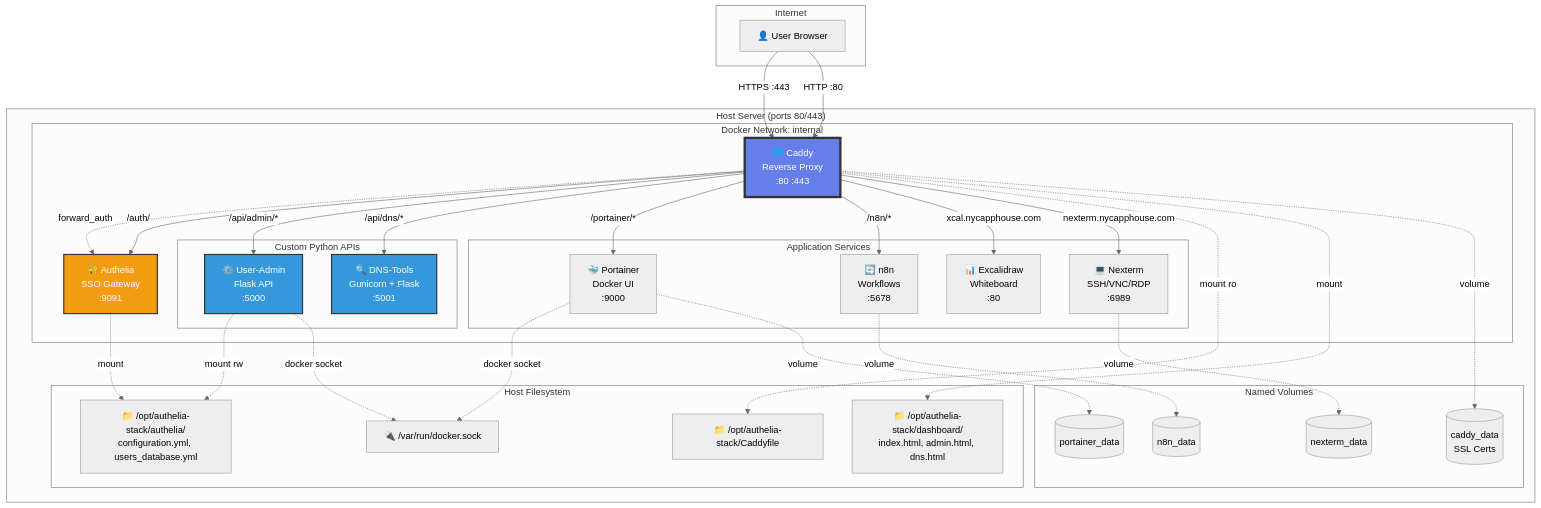
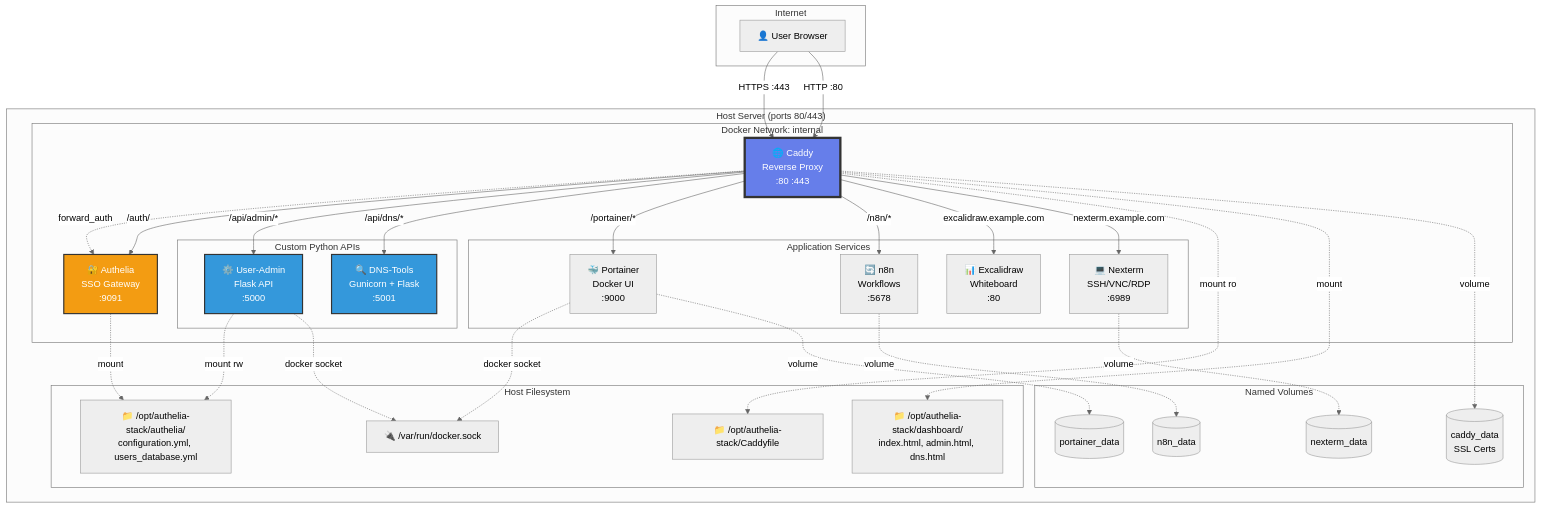
The first of 8 diagrams in docs/advanced/walled-garden-architecture.mermaid.md (dustinnh/Walled-Garden), drawn with Mermaid (neutral theme) before and after one commit. The commit also changed other lines of this file and 13 other files, not shown here.

````diff
--- a/docs/advanced/walled-garden-architecture.mermaid.md
+++ b/docs/advanced/walled-garden-architecture.mermaid.md
@@ -14,68 +14,68 @@
 ```mermaid
 graph TB
     subgraph Internet
         User[👤 User Browser]
     end
 
     subgraph "Host Server (ports 80/443)"
         subgraph "Docker Network: internal"
             Caddy[🌐 Caddy<br/>Reverse Proxy<br/>:80 :443]
             Authelia[🔐 Authelia<br/>SSO Gateway<br/>:9091]
 
             subgraph "Custom Python APIs"
                 UserAdmin[⚙️ User-Admin<br/>Flask API<br/>:5000]
                 DNSTools[🔍 DNS-Tools<br/>Gunicorn + Flask<br/>:5001]
             end
 
             subgraph "Application Services"
                 Excalidraw[📊 Excalidraw<br/>Whiteboard<br/>:80]
                 Portainer[🐳 Portainer<br/>Docker UI<br/>:9000]
                 N8N[🔄 n8n<br/>Workflows<br/>:5678]
                 Nexterm[💻 Nexterm<br/>SSH/VNC/RDP<br/>:6989]
             end
         end
 
         subgraph "Host Filesystem"
             Dashboard["📁 /opt/authelia-stack/dashboard/<br/>index.html, admin.html, dns.html"]
             AutheliaConfig["📁 /opt/authelia-stack/authelia/<br/>configuration.yml, users_database.yml"]
             Caddyfile["📁 /opt/authelia-stack/Caddyfile"]
             DockerSocket["🔌 /var/run/docker.sock"]
         end
 
         subgraph "Named Volumes"
             CaddyData[(caddy_data<br/>SSL Certs)]
             PortainerData[(portainer_data)]
             N8NData[(n8n_data)]
             NextermData[(nexterm_data)]
         end
     end
 
     User -->|HTTPS :443| Caddy
     User -->|HTTP :80| Caddy
 
     Caddy -.->|forward_auth| Authelia
     Caddy -->|/auth/| Authelia
     Caddy -->|/api/admin/*| UserAdmin
     Caddy -->|/api/dns/*| DNSTools
     Caddy -->|/portainer/*| Portainer
     Caddy -->|/n8n/*| N8N
-    Caddy -->|xcal.nycapphouse.com| Excalidraw
-    Caddy -->|nexterm.nycapphouse.com| Nexterm
+    Caddy -->|excalidraw.example.com| Excalidraw
+    Caddy -->|nexterm.example.com| Nexterm
 
     Caddy -.->|mount ro| Caddyfile
     Caddy -.->|mount| Dashboard
     Caddy -.->|volume| CaddyData
 
     Authelia -.->|mount| AutheliaConfig
     UserAdmin -.->|mount rw| AutheliaConfig
     UserAdmin -.->|docker socket| DockerSocket
     Portainer -.->|docker socket| DockerSocket
     Portainer -.->|volume| PortainerData
     N8N -.->|volume| N8NData
     Nexterm -.->|volume| NextermData
 
     style Caddy fill:#667eea,stroke:#333,stroke-width:4px,color:#fff
     style Authelia fill:#f39c12,stroke:#333,stroke-width:2px,color:#fff
     style UserAdmin fill:#3498db,stroke:#333,stroke-width:2px,color:#fff
     style DNSTools fill:#3498db,stroke:#333,stroke-width:2px,color:#fff
 ```
````
